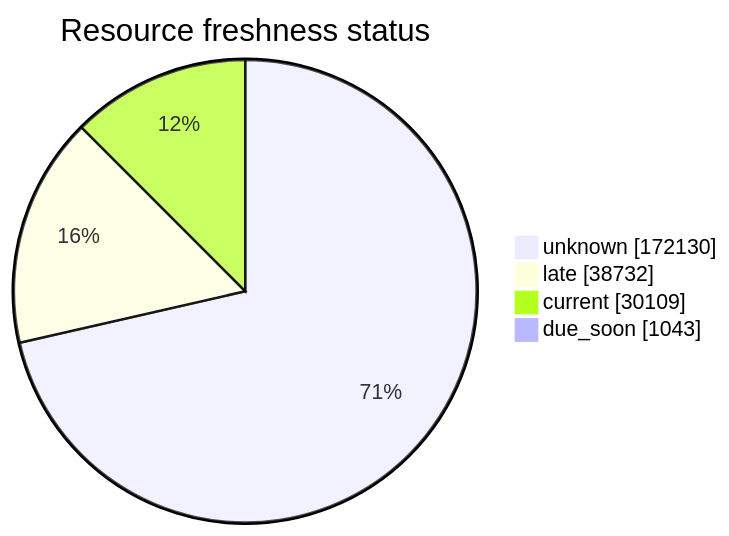
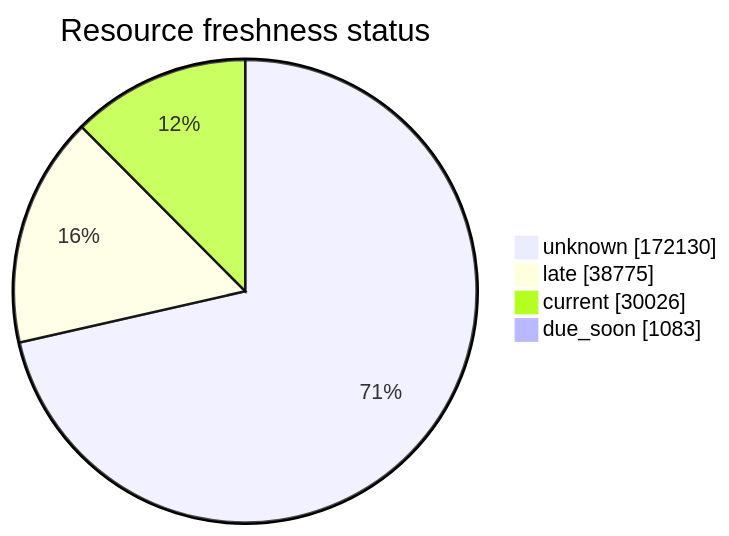
Before and after one commit to open-data/analytics-corporate-reporting: the third of 5 diagrams in FreshCheck/README.md, drawn with Mermaid. The commit also changed other lines of this file and 3 other files, not shown here.

````diff
--- a/FreshCheck/README.md
+++ b/FreshCheck/README.md
@@ -77,7 +77,7 @@
 ```mermaid
 pie showData title Resource freshness status
     "unknown": 172130
-    "late": 38732
-    "current": 30109
-    "due_soon": 1043
+    "late": 38775
+    "current": 30026
+    "due_soon": 1083
 ```
````
